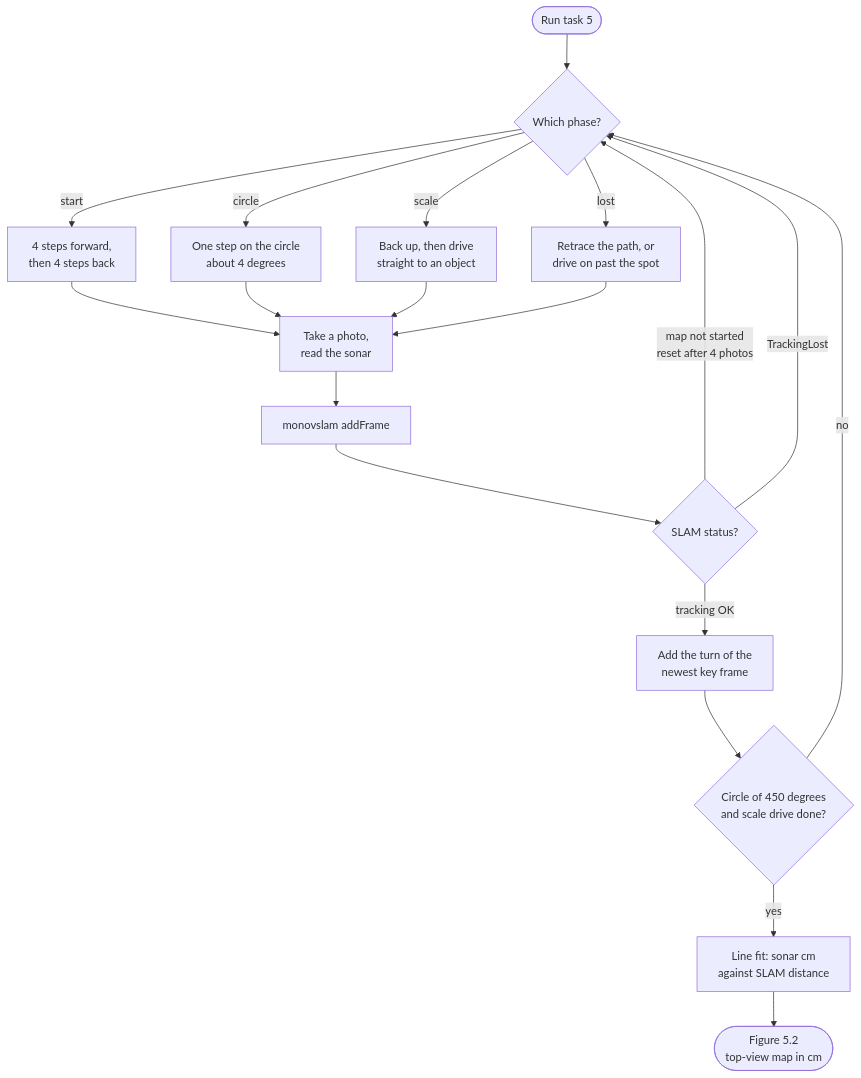
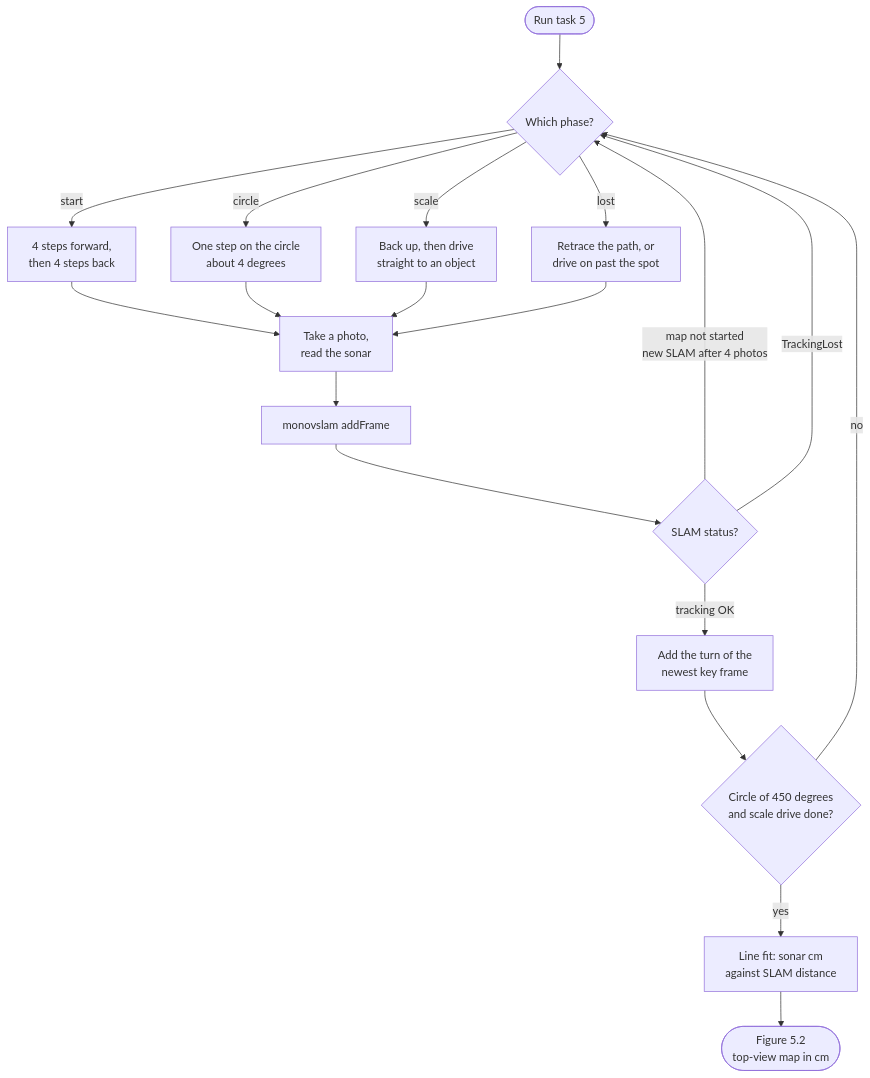
Before and after one commit to Jushan-Randy-Chen/robot1010_elegoo_matlab: the third of 3 diagrams in vslam_examples/README.md, drawn with Mermaid. The commit also changed other lines of this file and 9 other files, not shown here.

````diff
--- a/vslam_examples/README.md
+++ b/vslam_examples/README.md
@@ -122,21 +121,21 @@
 ```mermaid
 flowchart TD
     RUN(["Run task 5"]) --> PICK{"Which phase?"}
     PICK -->|start| S1["4 steps forward,<br/>then 4 steps back"]
     PICK -->|circle| S2["One step on the circle<br/>about 4 degrees"]
     PICK -->|scale| S3["Back up, then drive<br/>straight to an object"]
     PICK -->|lost| S4["Retrace the path, or<br/>drive on past the spot"]
     S1 --> SNAP["Take a photo,<br/>read the sonar"]
     S2 --> SNAP
     S3 --> SNAP
     S4 --> SNAP
     SNAP --> ADD["monovslam addFrame"]
     ADD --> STATUS{"SLAM status?"}
-    STATUS -->|"map not started<br/>reset after 4 photos"| PICK
+    STATUS -->|"map not started<br/>new SLAM after 4 photos"| PICK
     STATUS -->|TrackingLost| PICK
     STATUS -->|"tracking OK"| TURN["Add the turn of the<br/>newest key frame"]
     TURN --> DONE{"Circle of 450 degrees<br/>and scale drive done?"}
     DONE -->|no| PICK
     DONE -->|yes| SCALE["Line fit: sonar cm<br/>against SLAM distance"]
     SCALE --> FINAL(["Figure 5.2<br/>top-view map in cm"])
 ```
````
